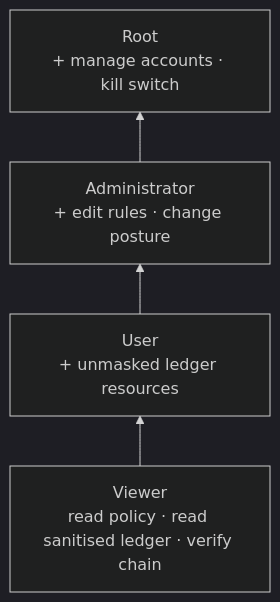
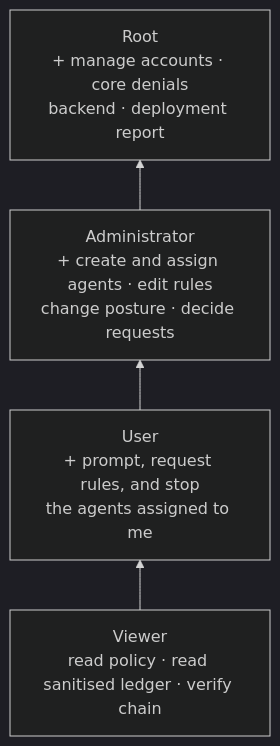
Before and after one commit to KinanRadaideh/openclaw-governance-layer: the second of 21 diagrams in docs-notes/FIGURES.md, drawn with Mermaid (dark theme). The commit also changed other lines of this file and 24 other files, not shown here.

````diff
--- a/docs-notes/FIGURES.md
+++ b/docs-notes/FIGURES.md
@@ -217,8 +274,8 @@
 ```mermaid
 flowchart BT
   V["Viewer<br/>read policy · read sanitised ledger · verify chain"]
-  U["User<br/>+ unmasked ledger resources"]
-  A["Administrator<br/>+ edit rules · change posture"]
-  R["Root<br/>+ manage accounts · kill switch"]
+  U["User<br/>+ prompt, request rules, and stop<br/>the agents assigned to me"]
+  A["Administrator<br/>+ create and assign agents · edit rules<br/>change posture · decide requests"]
+  R["Root<br/>+ manage accounts · core denials<br/>backend · deployment report"]
   V --> U --> A --> R
 ```
````
